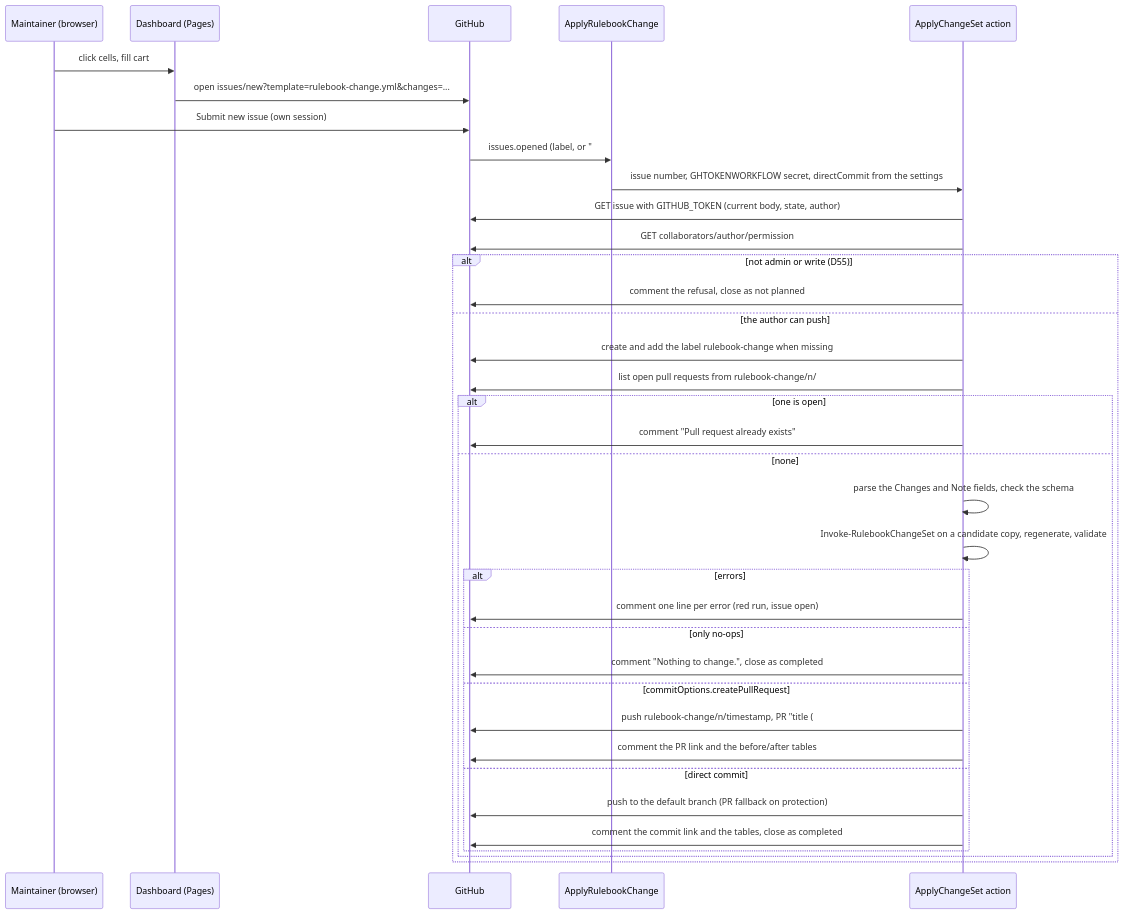
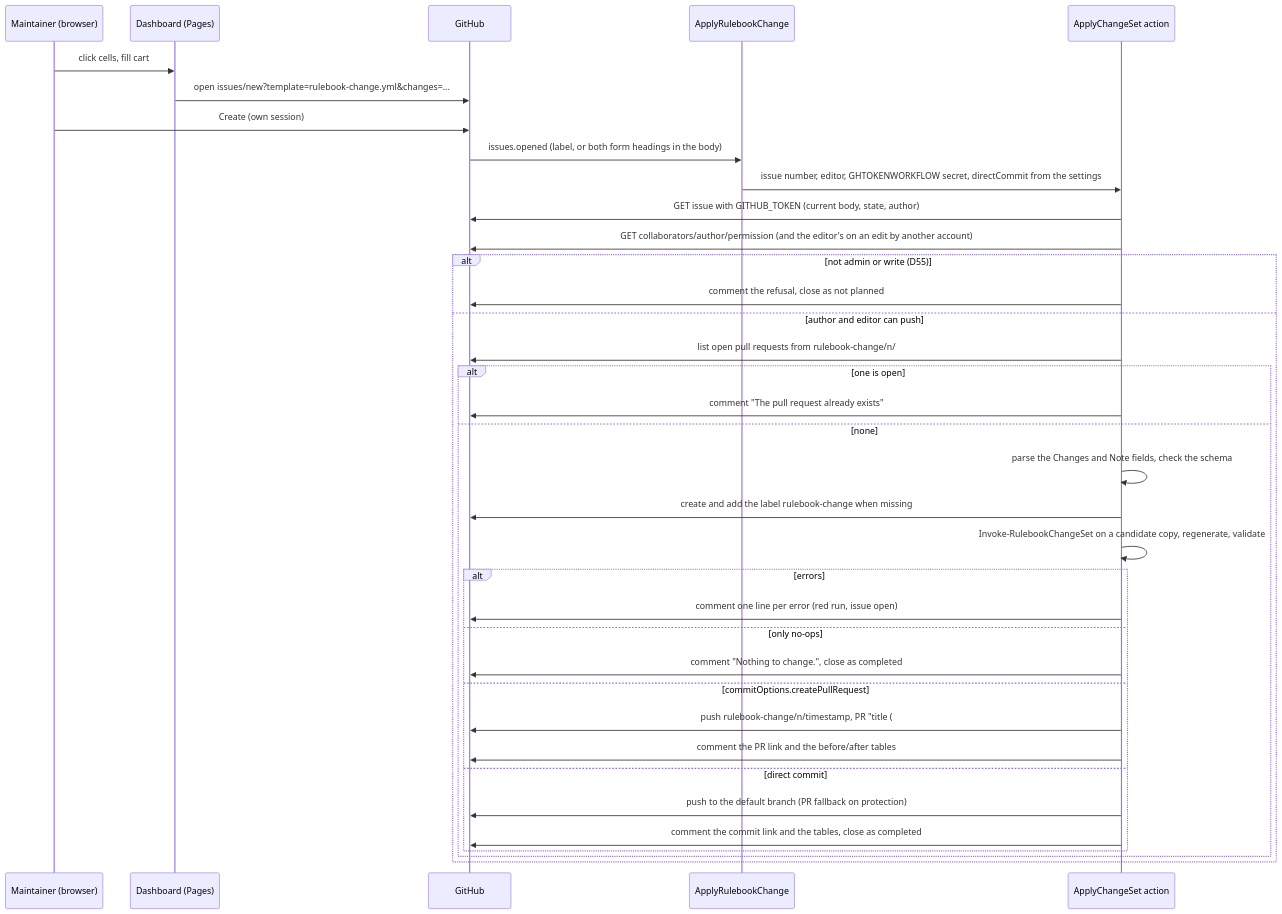
One commit to ALCops/rulebook-engine changed the diagram in docs/dashboard.md. Above: the diagram before and after it, drawn with Mermaid. The commit also changed other lines of this file and 1 other file, not shown here.

First line of the commit message:
Apply Rulebook Change: current checkout, job concurrency, both form headings

````diff
--- a/docs/dashboard.md
+++ b/docs/dashboard.md
@@ -380,38 +383,38 @@
 ```mermaid
 sequenceDiagram
     participant U as Maintainer (browser)
     participant S as Dashboard (Pages)
     participant GH as GitHub
     participant WF as ApplyRulebookChange
     participant A as ApplyChangeSet action
     U->>S: click cells, fill cart
     S->>GH: open issues/new?template=rulebook-change.yml&changes=...
-    U->>GH: Submit new issue (own session)
-    GH->>WF: issues.opened (label, or "### Changes" in the body)
-    WF->>A: issue number, GHTOKENWORKFLOW secret, directCommit from the settings
+    U->>GH: Create (own session)
+    GH->>WF: issues.opened (label, or both form headings in the body)
+    WF->>A: issue number, editor, GHTOKENWORKFLOW secret, directCommit from the settings
     A->>GH: GET issue with GITHUB_TOKEN (current body, state, author)
-    A->>GH: GET collaborators/author/permission
+    A->>GH: GET collaborators/author/permission (and the editor's on an edit by another account)
     alt not admin or write (D55)
         A->>GH: comment the refusal, close as not planned
-    else the author can push
-        A->>GH: create and add the label rulebook-change when missing
+    else author and editor can push
         A->>GH: list open pull requests from rulebook-change/n/
         alt one is open
-            A->>GH: comment "Pull request already exists"
+            A->>GH: comment "The pull request already exists"
         else none
             A->>A: parse the Changes and Note fields, check the schema
+            A->>GH: create and add the label rulebook-change when missing
             A->>A: Invoke-RulebookChangeSet on a candidate copy, regenerate, validate
             alt errors
                 A->>GH: comment one line per error (red run, issue open)
             else only no-ops
                 A->>GH: comment "Nothing to change.", close as completed
             else commitOptions.createPullRequest
                 A->>GH: push rulebook-change/n/timestamp, PR "title (#n)" ending in "Closes #n"
                 A->>GH: comment the PR link and the before/after tables
             else direct commit
                 A->>GH: push to the default branch (PR fallback on protection)
                 A->>GH: comment the commit link and the tables, close as completed
             end
         end
     end
 ```
````
